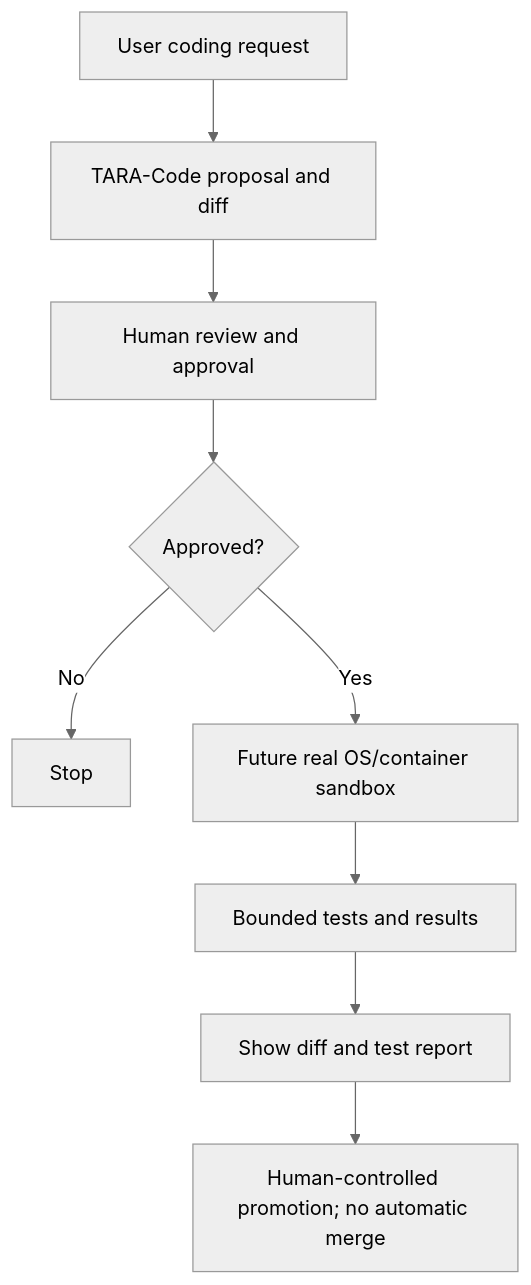
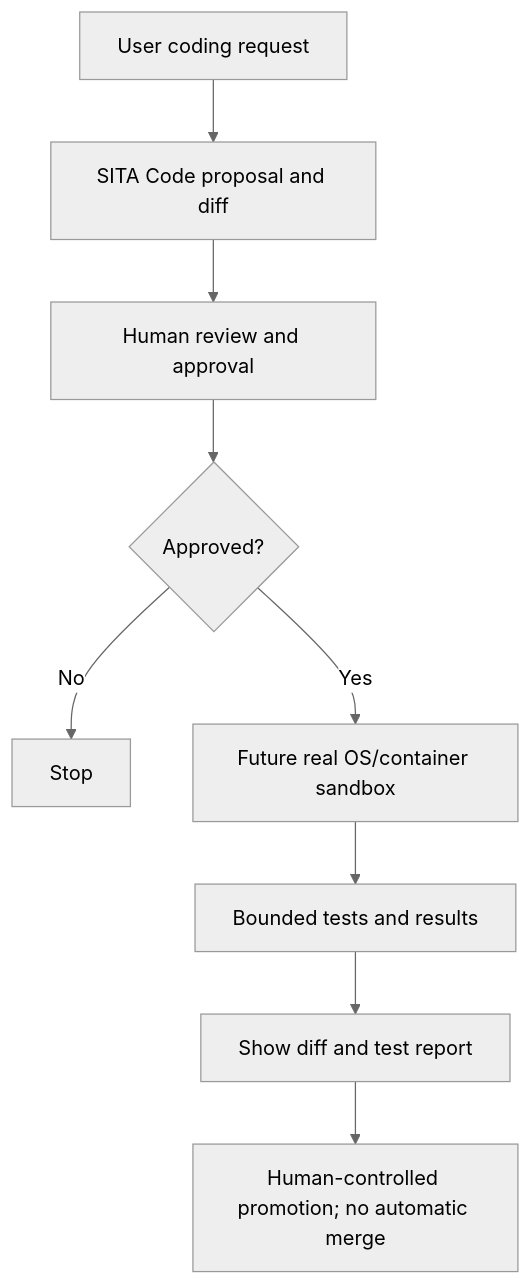
Diagram 12 of 12 in README.md (deathkernel/SITA), drawn with Mermaid (neutral theme) before and after one commit. The commit also changed other lines of this file and 34 other files, not shown here.

Commit message:
feat: rebrand TARA as SITA with compatibility aliases

````diff
--- a/README.md
+++ b/README.md
@@ -499,11 +499,11 @@
 ```mermaid
 flowchart TD
-  User[User coding request] --> Proposal[TARA-Code proposal and diff]
+  User[User coding request] --> Proposal[SITA Code proposal and diff]
   Proposal --> Review[Human review and approval]
   Review --> Decision{Approved?}
   Decision -- No --> End[Stop]
   Decision -- Yes --> Sandbox[Future real OS/container sandbox]
   Sandbox --> Tests[Bounded tests and results]
   Tests --> Diff[Show diff and test report]
   Diff --> Human[Human-controlled promotion; no automatic merge]
 ```
````
